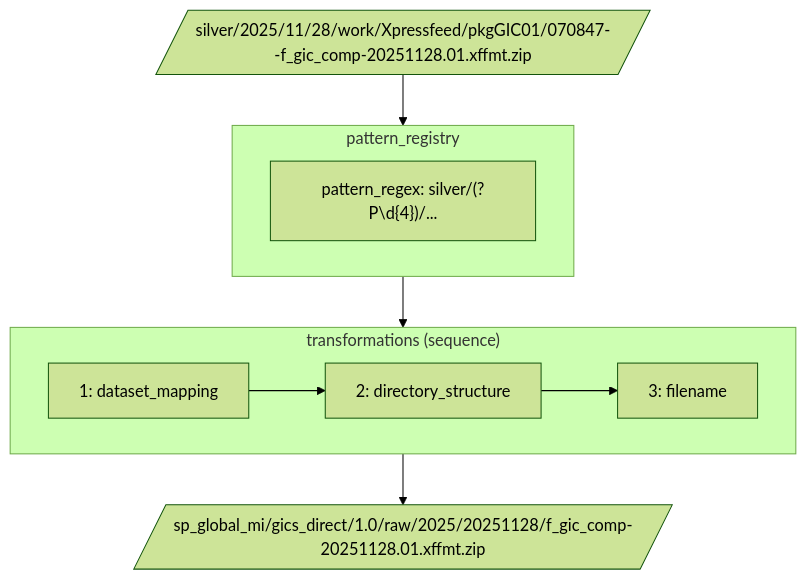
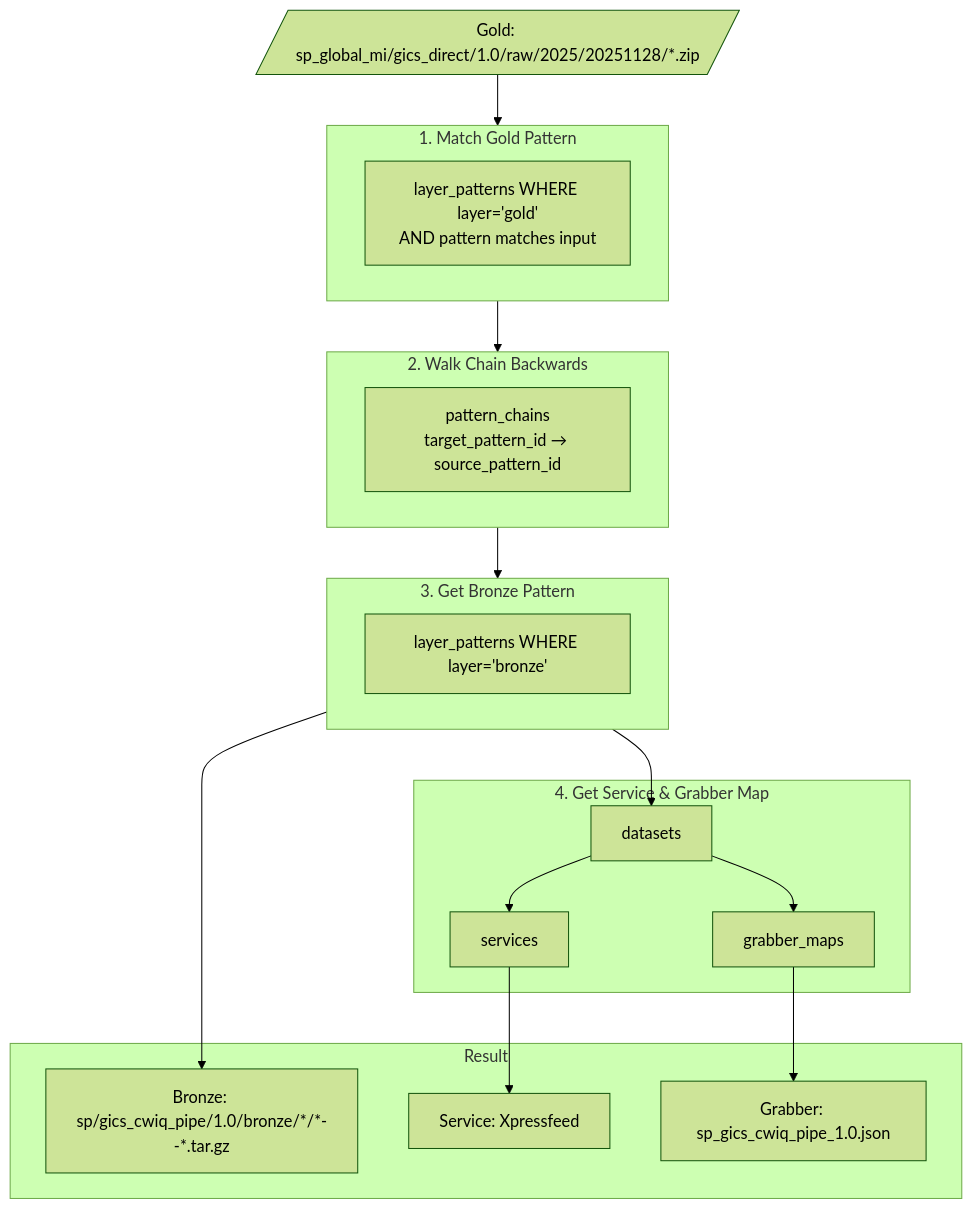
Before and after one commit to ThanuMahee12/AgentContext: the fourth of 5 diagrams in docs/ideas/investigation-db.md, drawn with Mermaid (forest theme). The commit also changed other lines of this file, not shown here.

Commit message:
docs: redesign Investigation DB as pattern-centric reverse lookup

````diff
--- a/docs/ideas/investigation-db.md
+++ b/docs/ideas/investigation-db.md
@@ -226,21 +234,36 @@
 ```mermaid
 flowchart TD
-    INPUT[/"silver/2025/11/28/work/Xpressfeed/pkgGIC01/070847--f_gic_comp-20251128.01.xffmt.zip"/]
+    INPUT[/"Gold: sp_global_mi/gics_direct/1.0/raw/2025/20251128/*.zip"/]
 
-    subgraph PatternRegistry["pattern_registry"]
-        P1["pattern_regex: silver/(?P<year>\d{4})/..."]
+    subgraph Step1["1. Match Gold Pattern"]
+        LP_GOLD["layer_patterns WHERE layer='gold'<br/>AND pattern matches input"]
     end
 
-    subgraph Transformations["transformations (sequence)"]
-        T1["1: dataset_mapping"]
-        T2["2: directory_structure"]
-        T3["3: filename"]
-        T1 --> T2 --> T3
+    subgraph Step2["2. Walk Chain Backwards"]
+        PC["pattern_chains<br/>target_pattern_id → source_pattern_id"]
     end
 
-    OUTPUT[/"sp_global_mi/gics_direct/1.0/raw/2025/20251128/f_gic_comp-20251128.01.xffmt.zip"/]
+    subgraph Step3["3. Get Bronze Pattern"]
+        LP_BRONZE["layer_patterns WHERE layer='bronze'"]
+    end
 
-    INPUT --> PatternRegistry
-    PatternRegistry --> Transformations
-    Transformations --> OUTPUT
+    subgraph Step4["4. Get Service & Grabber Map"]
+        DS["datasets"]
+        SV["services"]
+        GM["grabber_maps"]
+    end
+
+    subgraph Output["Result"]
+        R1["Bronze: sp/gics_cwiq_pipe/1.0/bronze/*/*--*.tar.gz"]
+        R2["Service: Xpressfeed"]
+        R3["Grabber: sp_gics_cwiq_pipe_1.0.json"]
+    end
+
+    INPUT --> Step1
+    Step1 --> Step2
+    Step2 --> Step3
+    Step3 --> DS
+    DS --> SV --> R2
+    DS --> GM --> R3
+    Step3 --> R1
 ```
````
